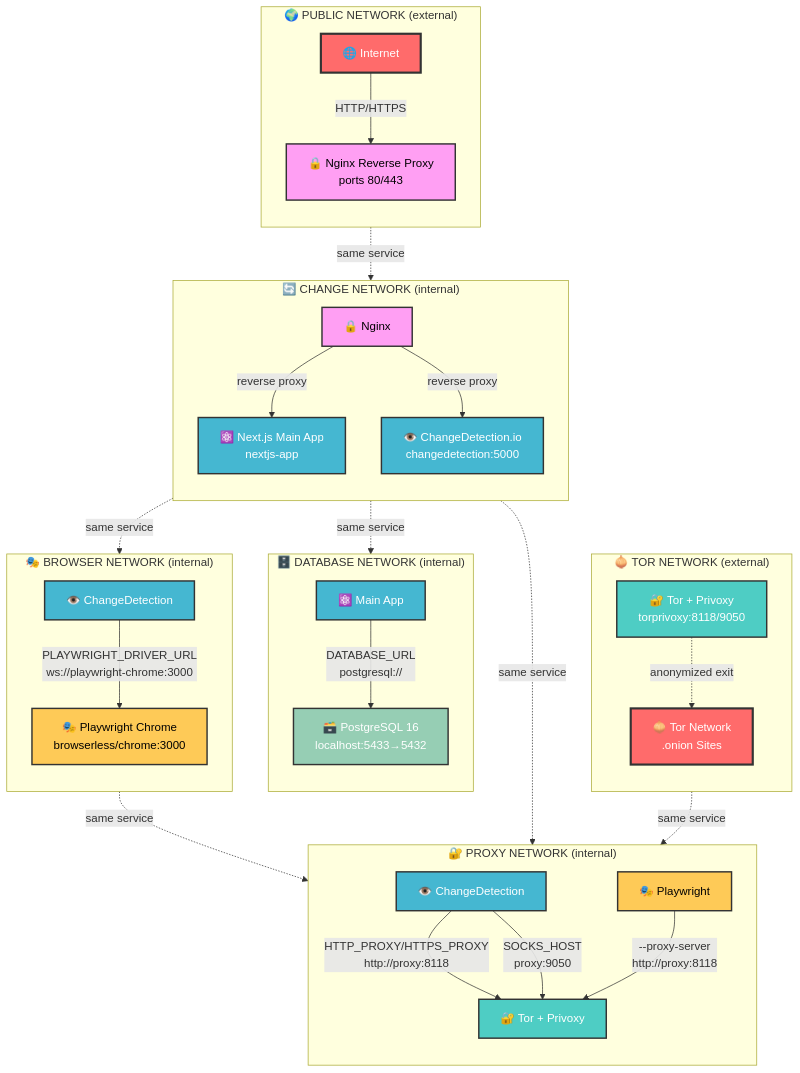
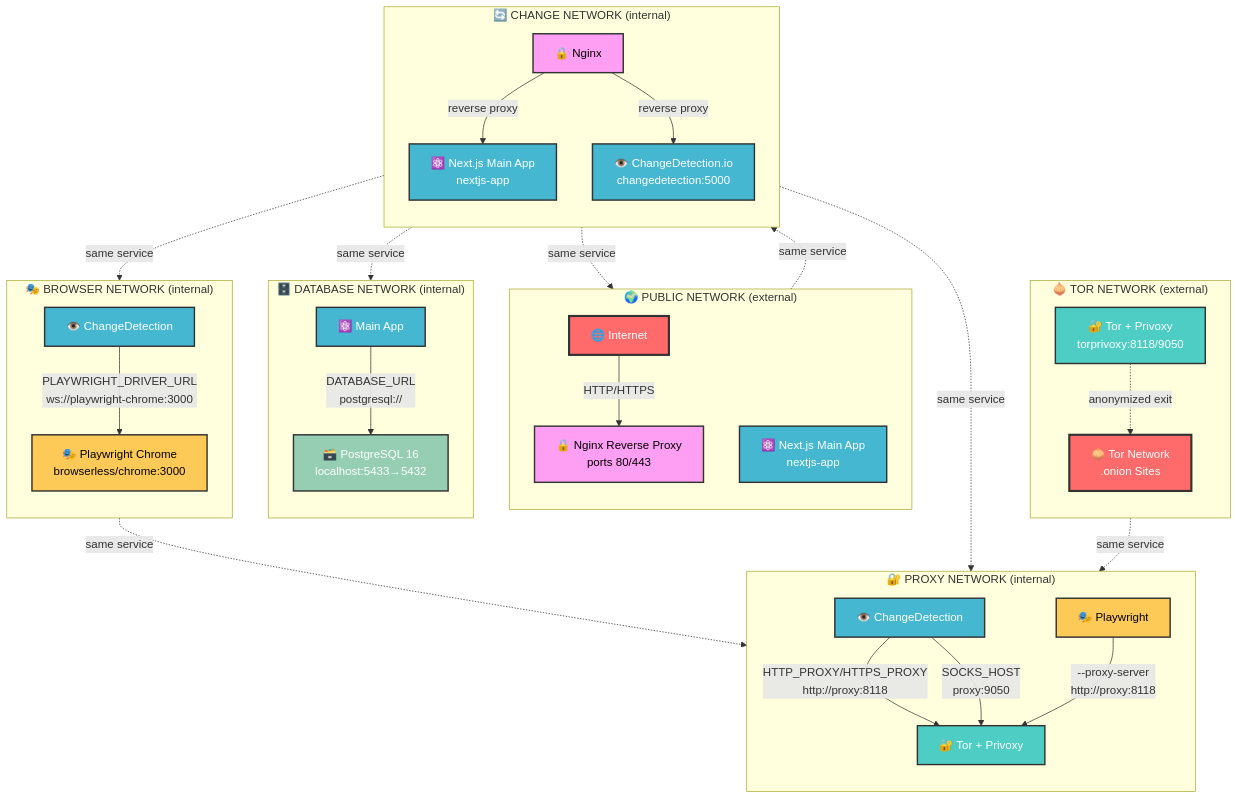
One commit to Melvin2306/alert-monitoring changed the diagram in docs/NETWORK.md. Above: the diagram before and after it, drawn with Mermaid. The commit also changed other lines of this file and 2 other files, not shown here.

Commit message:
feat: add public network access for main-app and update documentation for network architecture

```diff
--- a/docs/NETWORK.md
+++ b/docs/NETWORK.md
@@ -124,6 +124,7 @@
         direction TB
         Internet
         Nginx[🔒 Nginx Reverse Proxy<br/>ports 80/443]
+        MainAppPublic[⚛️ Next.js Main App<br/>nextjs-app]
         Internet -->|HTTP/HTTPS| Nginx
     end
     
@@ -167,6 +168,7 @@
     %% Cross-network connections (shown as dotted lines for network boundaries)
     Nginx -.->|same service| NginxChange
     MainApp -.->|same service| MainAppDB
+    MainApp -.->|same service| MainAppPublic
     ChangeDetection -.->|same service| ChangeDetectionBrowser
     ChangeDetection -.->|same service| ChangeDetectionProxy
     Playwright -.->|same service| PlaywrightProxy
@@ -192,7 +194,7 @@
     %% Apply service styles
     class Internet,TorNetwork external
     class TorPrivoxy,TorPrivoxyProxy proxy
-    class MainApp,MainAppDB,ChangeDetection,ChangeDetectionBrowser,ChangeDetectionProxy app
+    class MainApp,MainAppDB,MainAppPublic,ChangeDetection,ChangeDetectionBrowser,ChangeDetectionProxy app
     class Postgres db
     class Playwright,PlaywrightProxy browser
     class Nginx,NginxChange gateway
```
